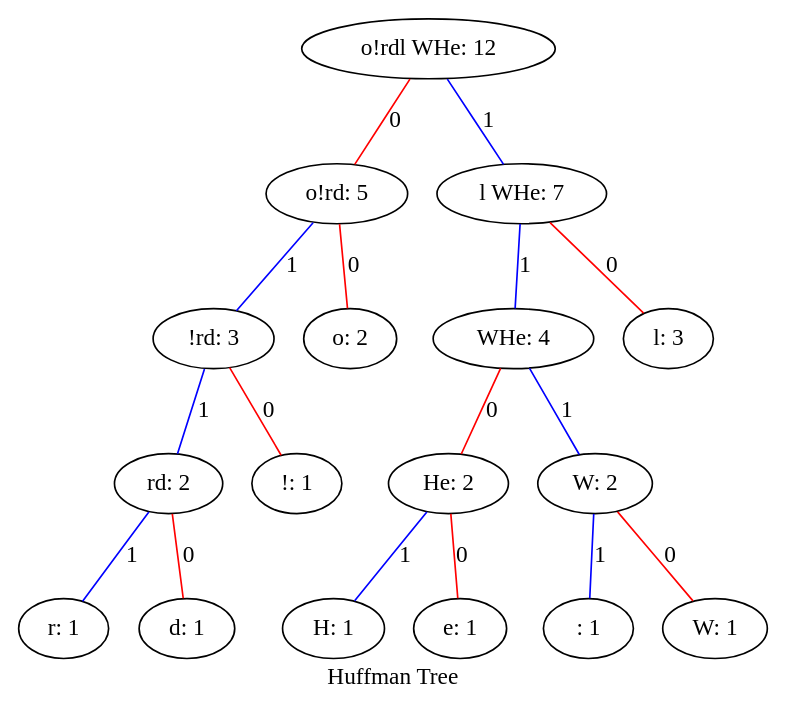
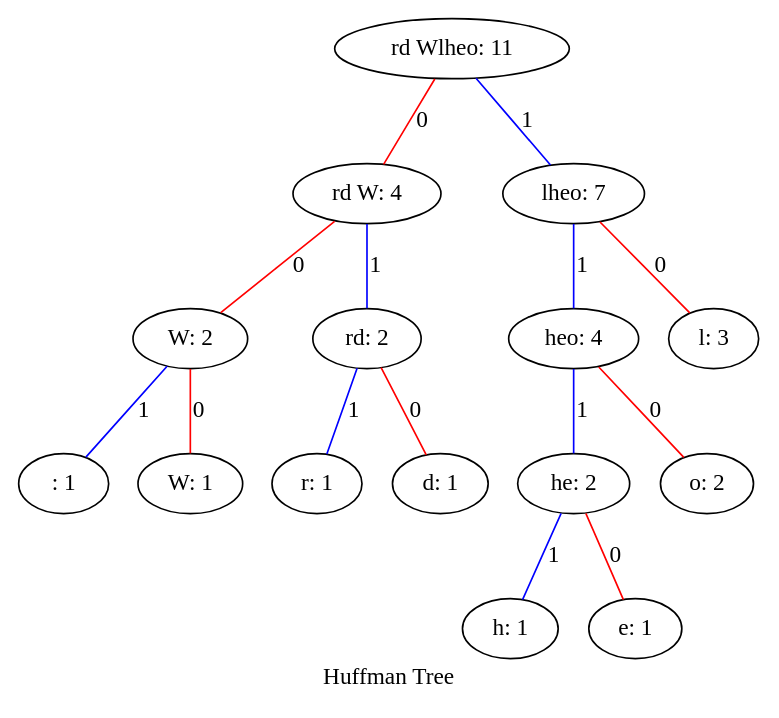
Before and after one commit to brettged/huffmanPy: the diagram in huffmanCode/userinput.dot, drawn with Graphviz. The commit also changed 4 other files, not shown here.

```diff
--- a/huffmanCode/userinput.dot
+++ b/huffmanCode/userinput.dot
@@ -1,35 +1,31 @@
 strict graph "" {
 	graph [label="Huffman Tree"];
-	"He: 2" -- "H: 1"	 [color=blue,
+	"he: 2" -- "h: 1"	 [color=blue,
 		label=1];
-	"He: 2" -- "e: 1"	 [color=red,
+	"he: 2" -- "e: 1"	 [color=red,
 		label=0];
 	" W: 2" -- " : 1"	 [color=blue,
 		label=1];
 	" W: 2" -- "W: 1"	 [color=red,
 		label=0];
 	"rd: 2" -- "r: 1"	 [color=blue,
 		label=1];
 	"rd: 2" -- "d: 1"	 [color=red,
 		label=0];
-	"!rd: 3" -- "rd: 2"	 [color=blue,
+	"rd W: 4" -- " W: 2"	 [color=red,
+		label=0];
+	"rd W: 4" -- "rd: 2"	 [color=blue,
 		label=1];
-	"!rd: 3" -- "!: 1"	 [color=red,
+	"heo: 4" -- "he: 2"	 [color=blue,
+		label=1];
+	"heo: 4" -- "o: 2"	 [color=red,
 		label=0];
-	" WHe: 4" -- "He: 2"	 [color=red,
+	"lheo: 7" -- "heo: 4"	 [color=blue,
+		label=1];
+	"lheo: 7" -- "l: 3"	 [color=red,
 		label=0];
-	" WHe: 4" -- " W: 2"	 [color=blue,
-		label=1];
-	"o!rd: 5" -- "!rd: 3"	 [color=blue,
-		label=1];
-	"o!rd: 5" -- "o: 2"	 [color=red,
+	"rd Wlheo: 11" -- "rd W: 4"	 [color=red,
 		label=0];
-	"l WHe: 7" -- " WHe: 4"	 [color=blue,
-		label=1];
-	"l WHe: 7" -- "l: 3"	 [color=red,
-		label=0];
-	"o!rdl WHe: 12" -- "o!rd: 5"	 [color=red,
-		label=0];
-	"o!rdl WHe: 12" -- "l WHe: 7"	 [color=blue,
+	"rd Wlheo: 11" -- "lheo: 7"	 [color=blue,
 		label=1];
 }
```
